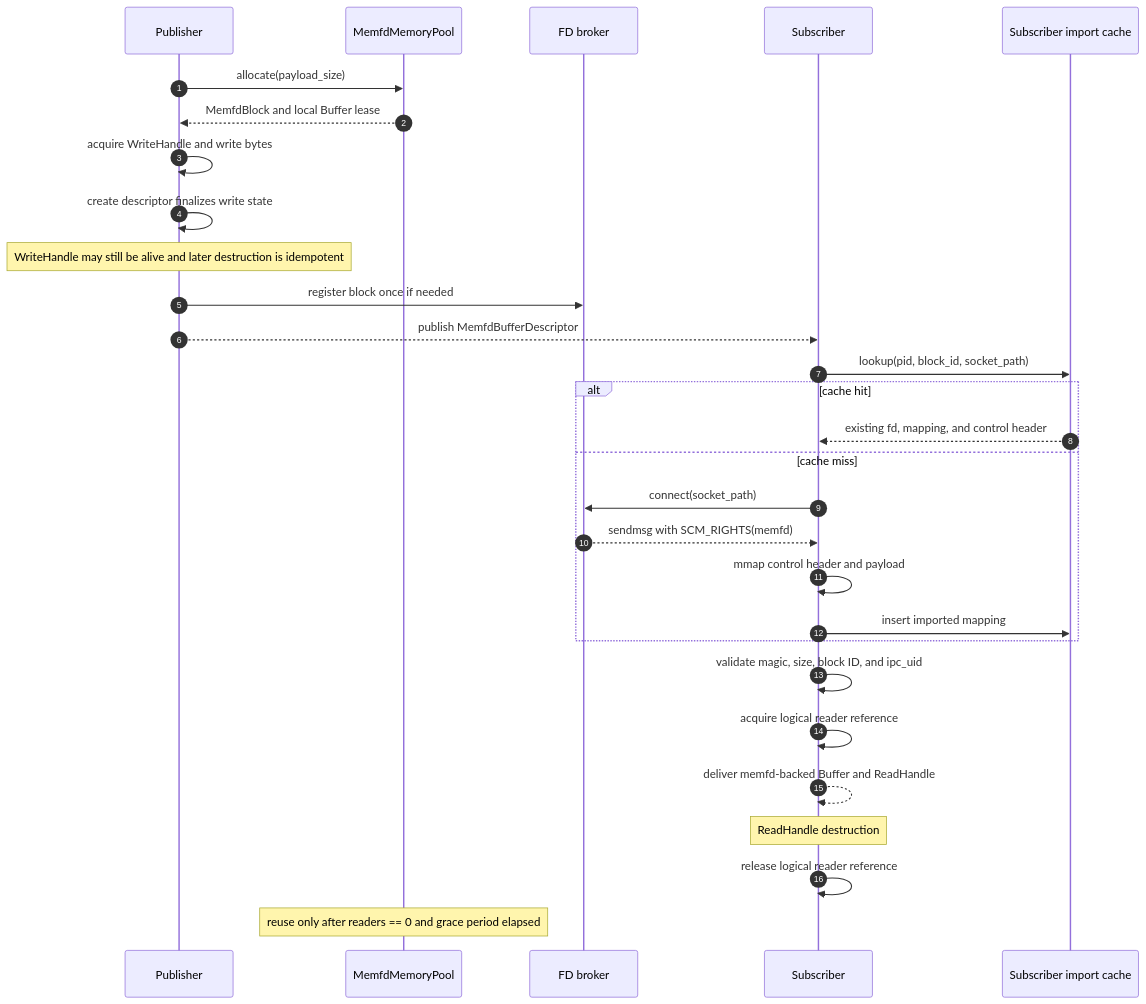
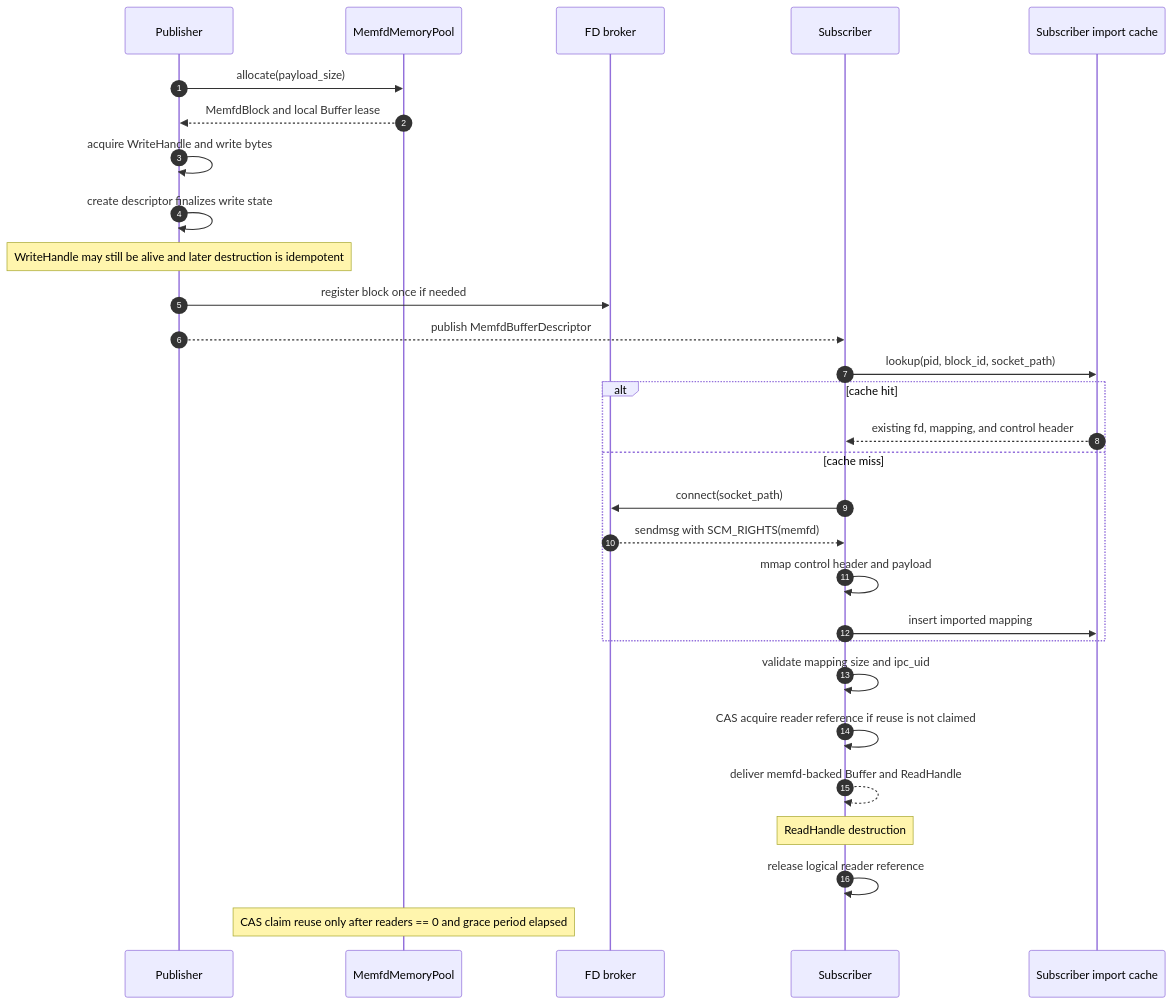
The second of 5 diagrams in docs/memfd_buffer_backend_design.md (dskkato/memfd_buffer_backend), drawn with Mermaid before and after one commit. The commit also changed other lines of this file and 15 other files, not shown here.

````diff
--- a/docs/memfd_buffer_backend_design.md
+++ b/docs/memfd_buffer_backend_design.md
@@ -69,35 +69,35 @@
 ```mermaid
 sequenceDiagram
   autonumber
   participant Pub as Publisher
   participant Pool as MemfdMemoryPool
   participant Broker as FD broker
   participant Sub as Subscriber
   participant Cache as Subscriber import cache
 
   Pub->>Pool: allocate(payload_size)
   Pool-->>Pub: MemfdBlock and local Buffer lease
   Pub->>Pub: acquire WriteHandle and write bytes
   Pub->>Pub: create descriptor finalizes write state
   Note over Pub: WriteHandle may still be alive and later destruction is idempotent
   Pub->>Broker: register block once if needed
   Pub-->>Sub: publish MemfdBufferDescriptor
 
   Sub->>Cache: lookup(pid, block_id, socket_path)
   alt cache hit
     Cache-->>Sub: existing fd, mapping, and control header
   else cache miss
     Sub->>Broker: connect(socket_path)
     Broker-->>Sub: sendmsg with SCM_RIGHTS(memfd)
     Sub->>Sub: mmap control header and payload
     Sub->>Cache: insert imported mapping
   end
 
-  Sub->>Sub: validate magic, size, block ID, and ipc_uid
-  Sub->>Sub: acquire logical reader reference
+  Sub->>Sub: validate mapping size and ipc_uid
+  Sub->>Sub: CAS acquire reader reference if reuse is not claimed
   Sub-->>Sub: deliver memfd-backed Buffer and ReadHandle
 
   Note over Sub: ReadHandle destruction
   Sub->>Sub: release logical reader reference
-  Note over Pool: reuse only after readers == 0 and grace period elapsed
+  Note over Pool: CAS claim reuse only after readers == 0 and grace period elapsed
 ```
````
